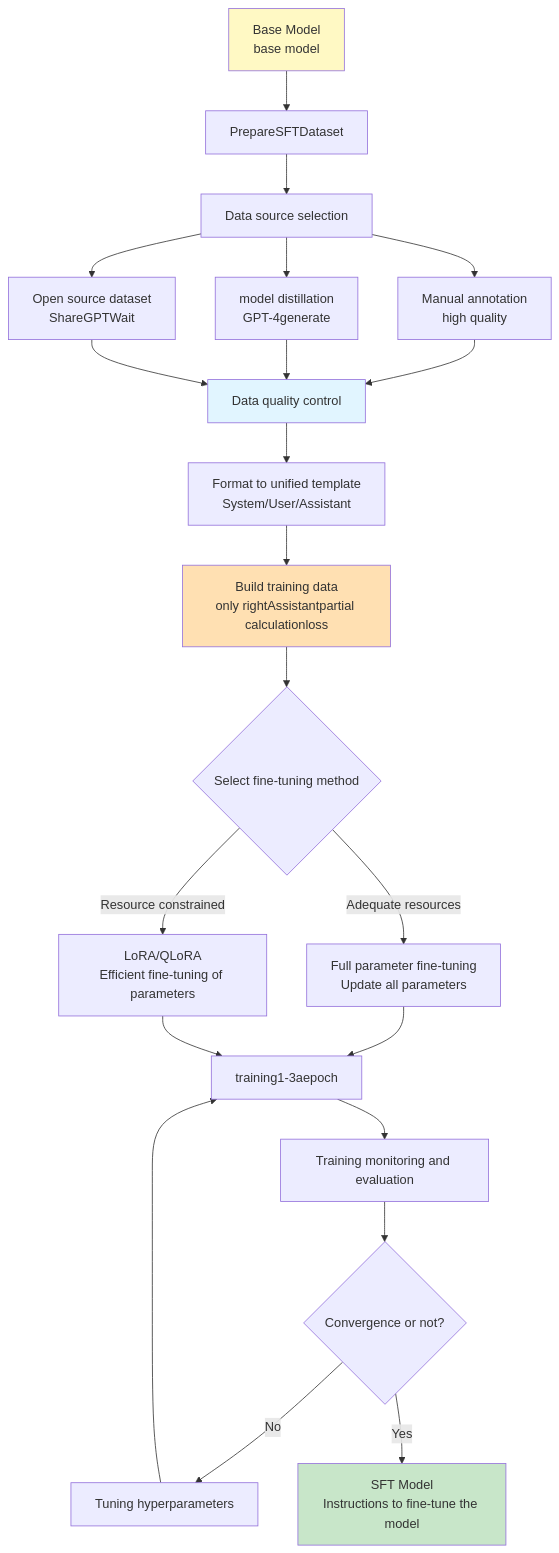
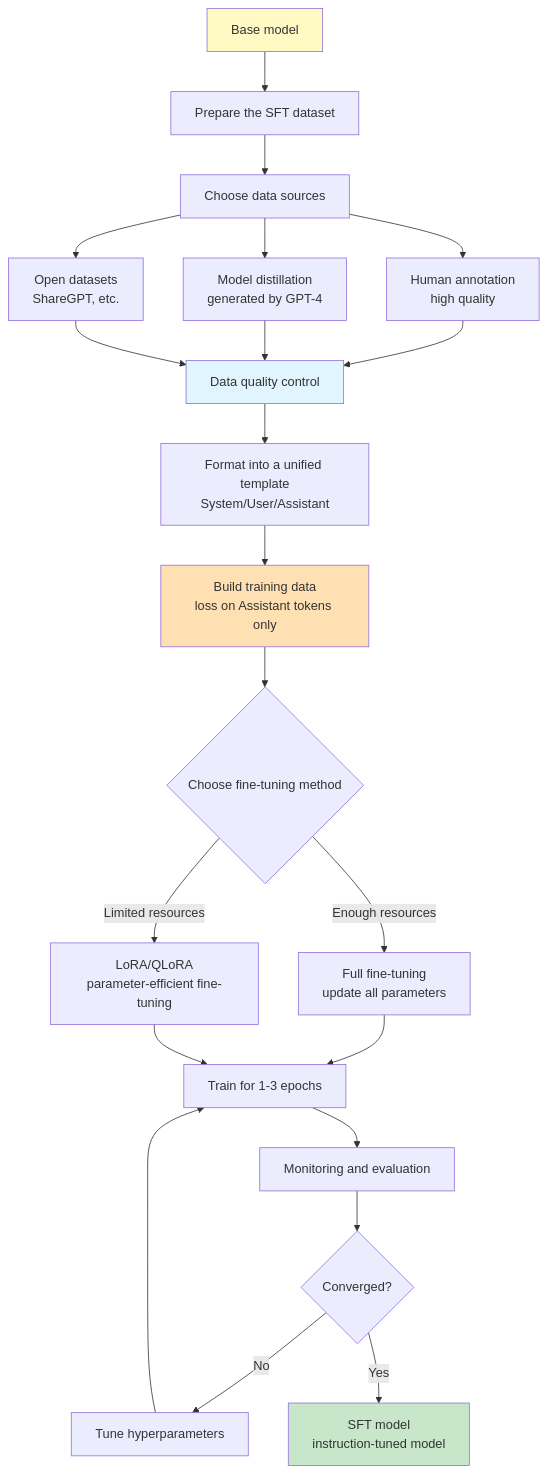
One commit to TingdeLiu/tingdeliu.github.io changed the fourth of 29 diagrams in _translations/en/research/LLM-Training-Survey.md. Above: the diagram before and after it, drawn with Mermaid. The commit also changed other lines of this file and 2 other files, not shown here.

First line of the commit message:
docs(llm-survey): polish English edition and add evolution timeline

````diff
--- a/_translations/en/research/LLM-Training-Survey.md
+++ b/_translations/en/research/LLM-Training-Survey.md
@@ -1000,28 +1018,28 @@
 ```mermaid
 graph TD
-    A["Base Model<br/>base model"] --> B["PrepareSFTDataset"]
-    B --> C["Data source selection"]
-    C --> D1["Manual annotation<br/>high quality"]
-    C --> D2["model distillation<br/>GPT-4generate"]
-    C --> D3["Open source dataset<br/>ShareGPTWait"]
+    A["Base model"] --> B["Prepare the SFT dataset"]
+    B --> C["Choose data sources"]
+    C --> D1["Human annotation<br/>high quality"]
+    C --> D2["Model distillation<br/>generated by GPT-4"]
+    C --> D3["Open datasets<br/>ShareGPT, etc."]
     D1 --> E["Data quality control"]
     D2 --> E
     D3 --> E
-    E --> F["Format to unified template<br/>System/User/Assistant"]
-    F --> G["Build training data<br/>only rightAssistantpartial calculationloss"]
-    G --> H{Select fine-tuning method}
-    H -->|Adequate resources| I1["Full parameter fine-tuning<br/>Update all parameters"]
-    H -->|Resource constrained| I2["LoRA/QLoRA<br/>Efficient fine-tuning of parameters"]
-    I1 --> J["training1-3aepoch"]
+    E --> F["Format into a unified template<br/>System/User/Assistant"]
+    F --> G["Build training data<br/>loss on Assistant tokens only"]
+    G --> H{Choose fine-tuning method}
+    H -->|Enough resources| I1["Full fine-tuning<br/>update all parameters"]
+    H -->|Limited resources| I2["LoRA/QLoRA<br/>parameter-efficient fine-tuning"]
+    I1 --> J["Train for 1-3 epochs"]
     I2 --> J
-    J --> K["Training monitoring and evaluation"]
-    K --> L{Convergence or not?}
-    L -->|No| M["Tuning hyperparameters"]
+    J --> K["Monitoring and evaluation"]
+    K --> L{Converged?}
+    L -->|No| M["Tune hyperparameters"]
     M --> J
-    L -->|Yes| N["SFT Model<br/>Instructions to fine-tune the model"]
+    L -->|Yes| N["SFT model<br/>instruction-tuned model"]
 
     style A fill:#fff9c4
     style N fill:#c8e6c9
     style E fill:#e1f5ff
     style G fill:#ffe0b2
 ```
````
